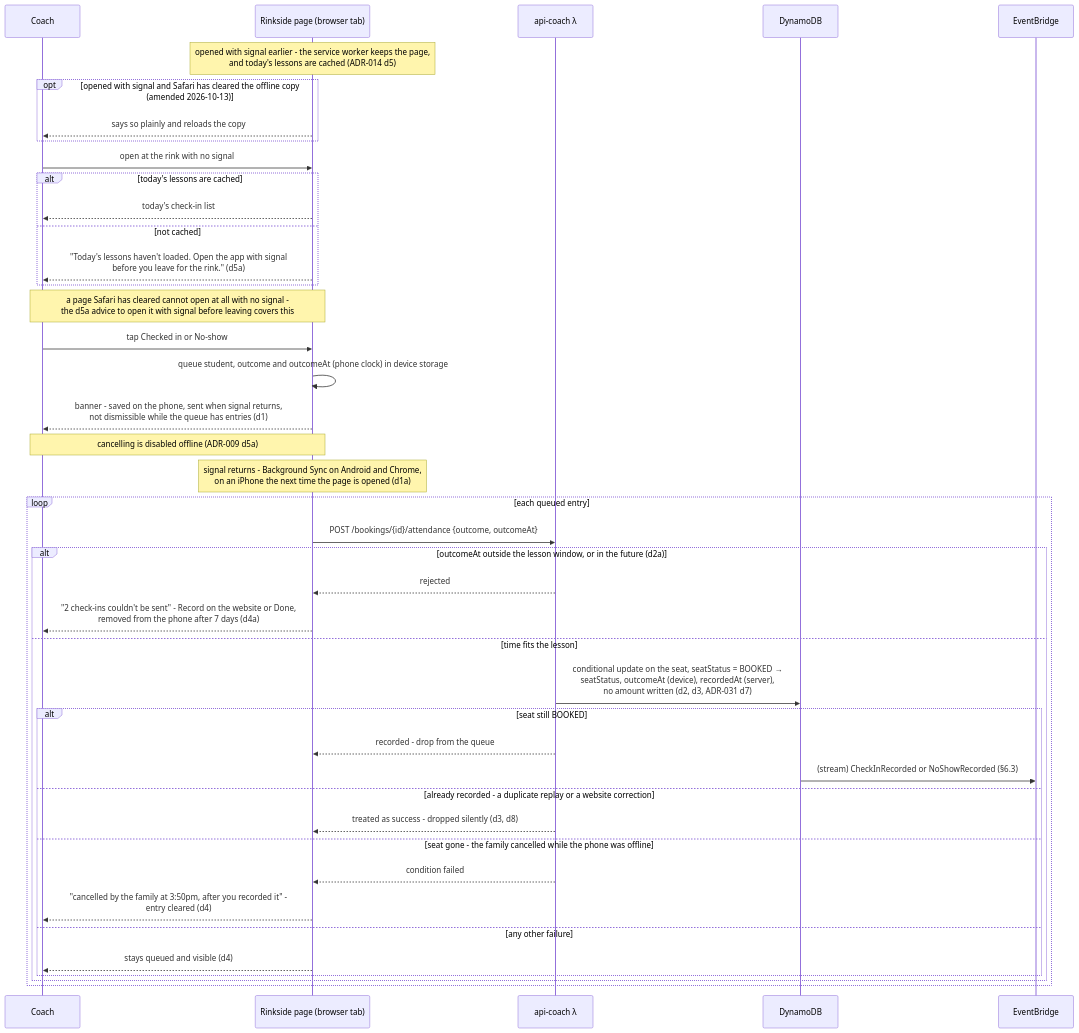
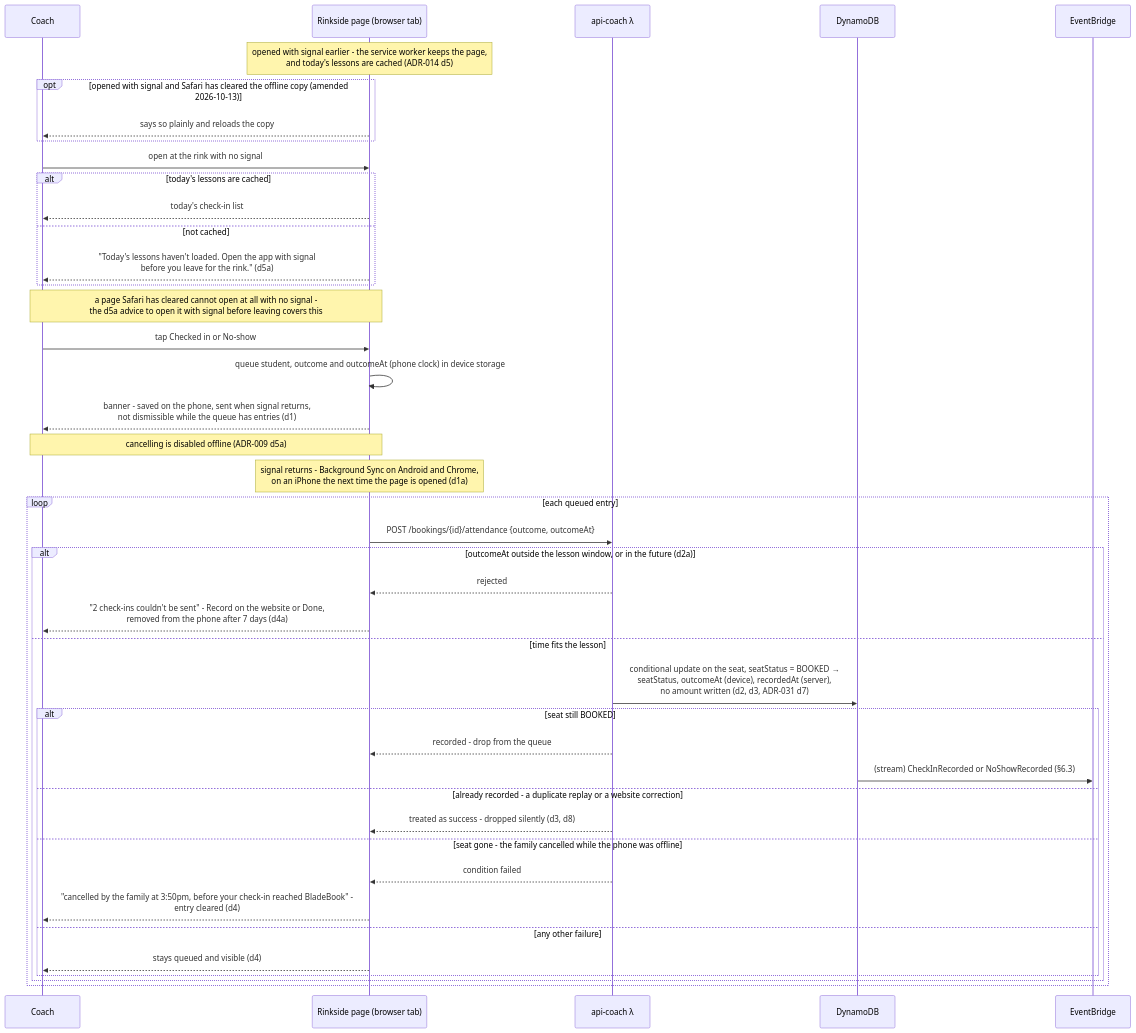
Before and after one commit to jessicamvega6/bladebook: diagram 12 of 29 in docs/architecture.md, drawn with Mermaid. The commit also changed 10 other files, not shown here.

First line of the commit message:
Rinkside: say the family cancelled before the check-in reached BladeBook

````diff
--- a/docs/architecture.md
+++ b/docs/architecture.md
@@ -985,44 +985,44 @@
 ```mermaid
 sequenceDiagram
     participant C as Coach
     participant P as Rinkside page (browser tab)
     participant API as api-coach λ
     participant DB as DynamoDB
     participant Bus as EventBridge
     Note over P: opened with signal earlier - the service worker keeps the page,<br/>and today's lessons are cached (ADR-014 d5)
     opt opened with signal and Safari has cleared the offline copy (amended 2026-10-13)
         P-->>C: says so plainly and reloads the copy
     end
     C->>P: open at the rink with no signal
     alt today's lessons are cached
         P-->>C: today's check-in list
     else not cached
         P-->>C: "Today's lessons haven't loaded. Open the app with signal<br/>before you leave for the rink." (d5a)
     end
     Note over C,P: a page Safari has cleared cannot open at all with no signal -<br/>the d5a advice to open it with signal before leaving covers this
     C->>P: tap Checked in or No-show
     P->>P: queue student, outcome and outcomeAt (phone clock) in device storage
     P-->>C: banner - saved on the phone, sent when signal returns,<br/>not dismissible while the queue has entries (d1)
     Note over C,P: cancelling is disabled offline (ADR-009 d5a)
     Note over P: signal returns - Background Sync on Android and Chrome,<br/>on an iPhone the next time the page is opened (d1a)
     loop each queued entry
         P->>API: POST /bookings/{id}/attendance {outcome, outcomeAt}
         alt outcomeAt outside the lesson window, or in the future (d2a)
             API-->>P: rejected
             P-->>C: "2 check-ins couldn't be sent" - Record on the website or Done,<br/>removed from the phone after 7 days (d4a)
         else time fits the lesson
             API->>DB: conditional update on the seat, seatStatus = BOOKED →<br/>seatStatus, outcomeAt (device), recordedAt (server),<br/>no amount written (d2, d3, ADR-031 d7)
             alt seat still BOOKED
                 API-->>P: recorded - drop from the queue
                 DB->>Bus: (stream) CheckInRecorded or NoShowRecorded (§6.3)
             else already recorded - a duplicate replay or a website correction
                 API-->>P: treated as success - dropped silently (d3, d8)
             else seat gone - the family cancelled while the phone was offline
                 API-->>P: condition failed
-                P-->>C: "cancelled by the family at 3:50pm, after you recorded it" -<br/>entry cleared (d4)
+                P-->>C: "cancelled by the family at 3:50pm, before your check-in reached BladeBook" -<br/>entry cleared (d4)
             else any other failure
                 P-->>C: stays queued and visible (d4)
             end
         end
     end
 ```
````
